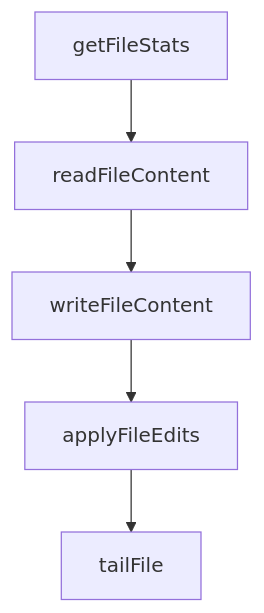
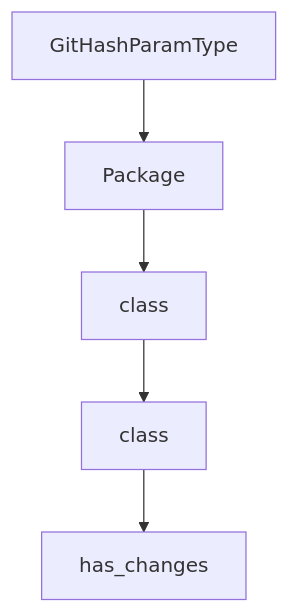
The diagram in tutorials/mcp-servers-tutorial/05-multi-language-servers.md (johnxie/awesome-code-docs), drawn with Mermaid before and after one commit. The commit also changed other lines of this file and 1232 other files, not shown here.

````diff
--- a/tutorials/mcp-servers-tutorial/05-multi-language-servers.md
+++ b/tutorials/mcp-servers-tutorial/05-multi-language-servers.md
@@ -277,12 +275,12 @@
 ```mermaid
 flowchart TD
-    A[getFileStats]
-    B[readFileContent]
-    C[writeFileContent]
-    D[applyFileEdits]
-    E[tailFile]
+    A[GitHashParamType]
+    B[Package]
+    C[class]
+    D[class]
+    E[has_changes]
     A --> B
     B --> C
     C --> D
     D --> E
 ```
````
